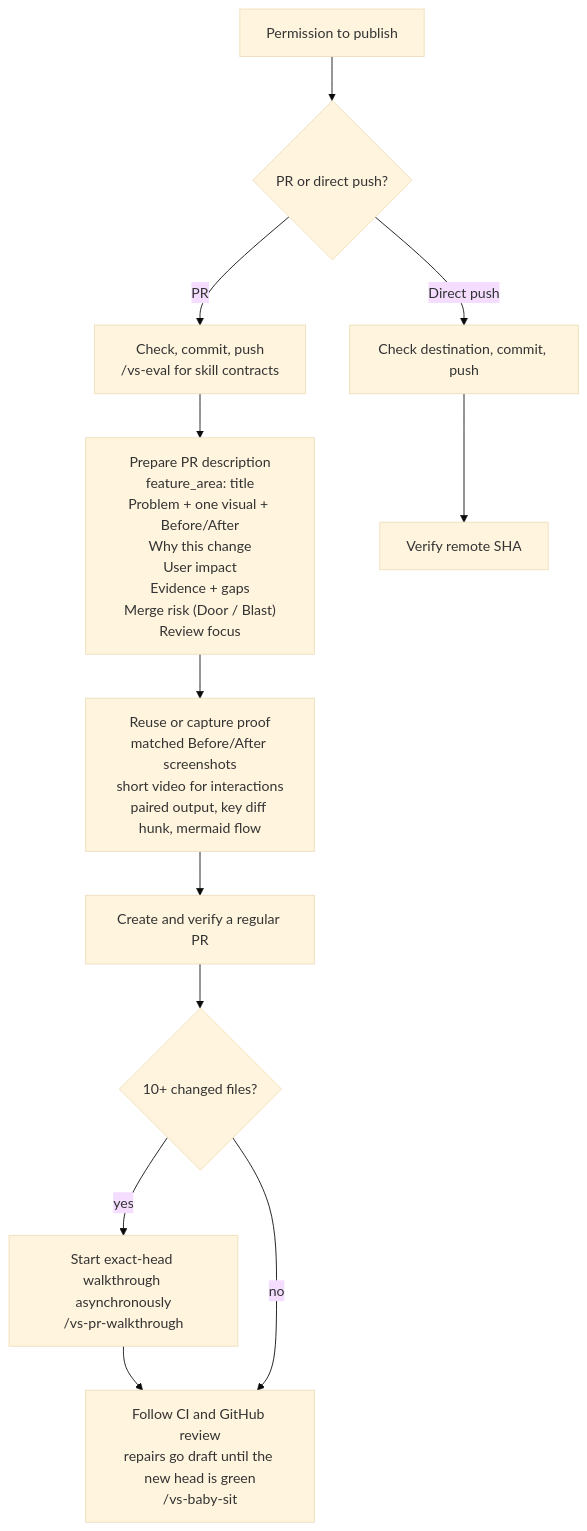
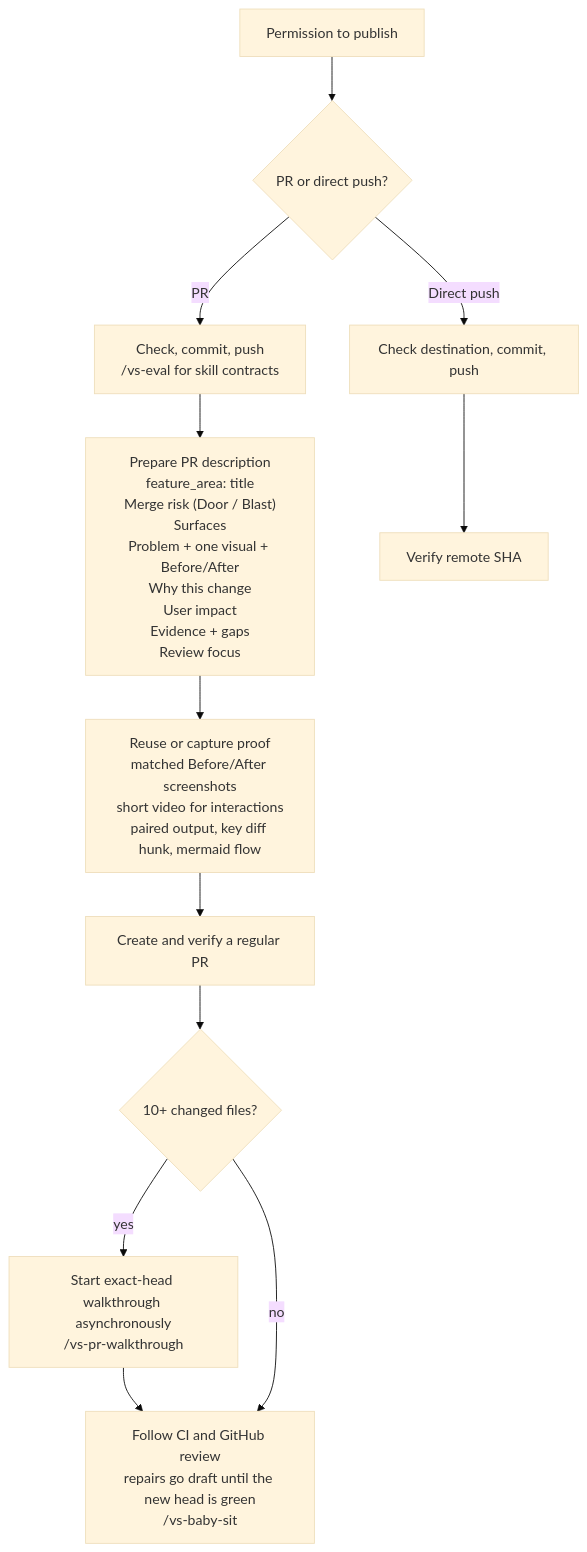
One commit to vltansky/vs changed the fourth of 4 diagrams in README.md. Above: the diagram before and after it, drawn with Mermaid (base theme). The commit also changed 9 other files, not shown here.

First line of the commit message:
feat(ship-it): Surfaces selectors and Merge risk first

````diff
--- a/README.md
+++ b/README.md
@@ -102,11 +102,11 @@
 ```mermaid
 flowchart TD
     I[Permission to publish] --> D{PR or direct push?}
     D -- PR --> C["Check, commit, push<br/>/vs-eval for skill contracts"]
-    C --> B["Prepare PR description<br/>feature_area: title<br/>Problem + one visual + Before/After<br/>Why this change<br/>User impact<br/>Evidence + gaps<br/>Merge risk (Door / Blast)<br/>Review focus"]
+    C --> B["Prepare PR description<br/>feature_area: title<br/>Merge risk (Door / Blast)<br/>Surfaces<br/>Problem + one visual + Before/After<br/>Why this change<br/>User impact<br/>Evidence + gaps<br/>Review focus"]
     B --> M["Reuse or capture proof<br/>matched Before/After screenshots<br/>short video for interactions<br/>paired output, key diff hunk, mermaid flow"]
     M --> O[Create and verify a regular PR] --> L{10+ changed files?}
     L -- yes --> T["Start exact-head walkthrough asynchronously<br/>/vs-pr-walkthrough"] --> W["Follow CI and GitHub review<br/>repairs go draft until the new head is green<br/>/vs-baby-sit"]
     L -- no --> W
     D -- Direct push --> F[Check destination, commit, push] --> S[Verify remote SHA]
 ```
````
